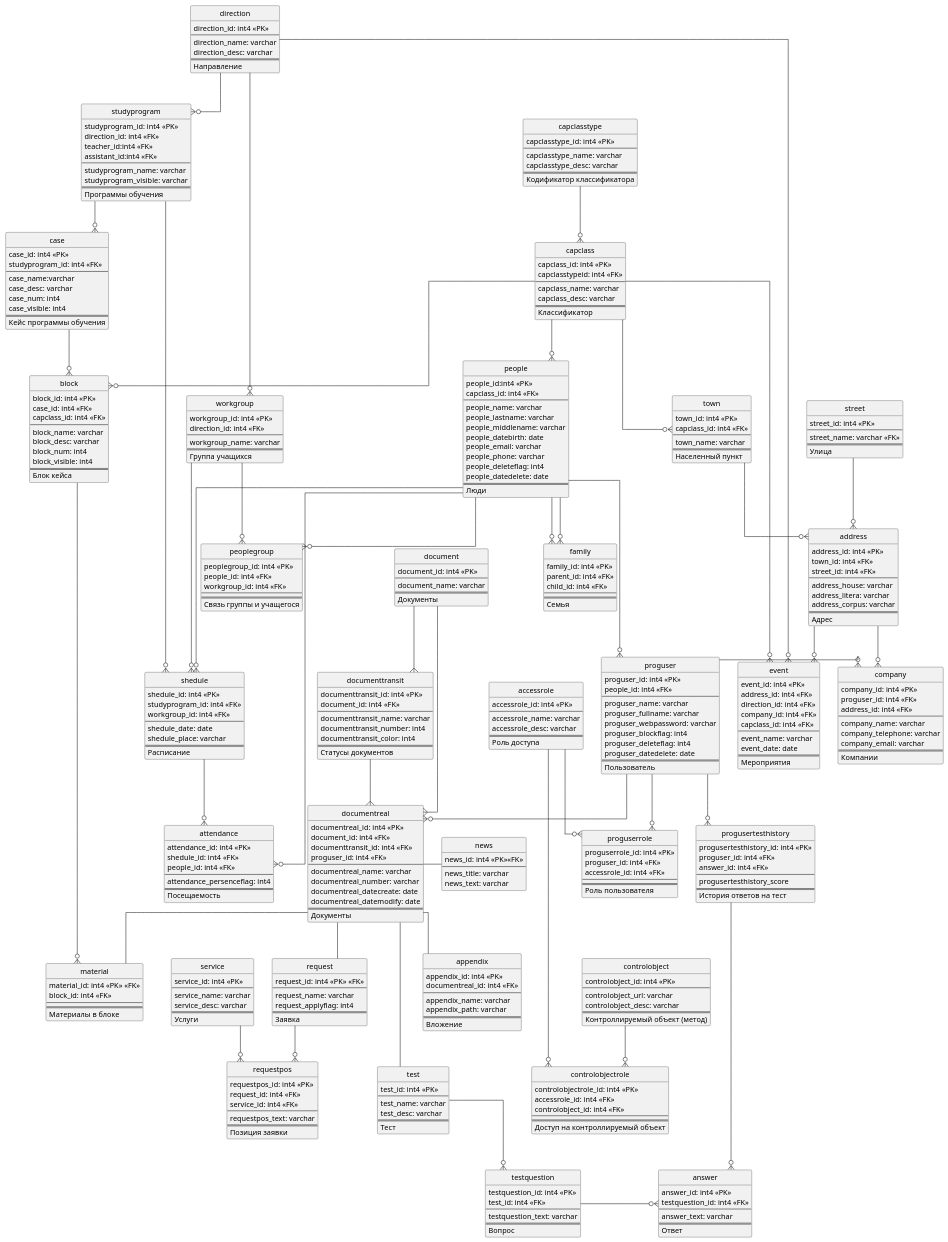
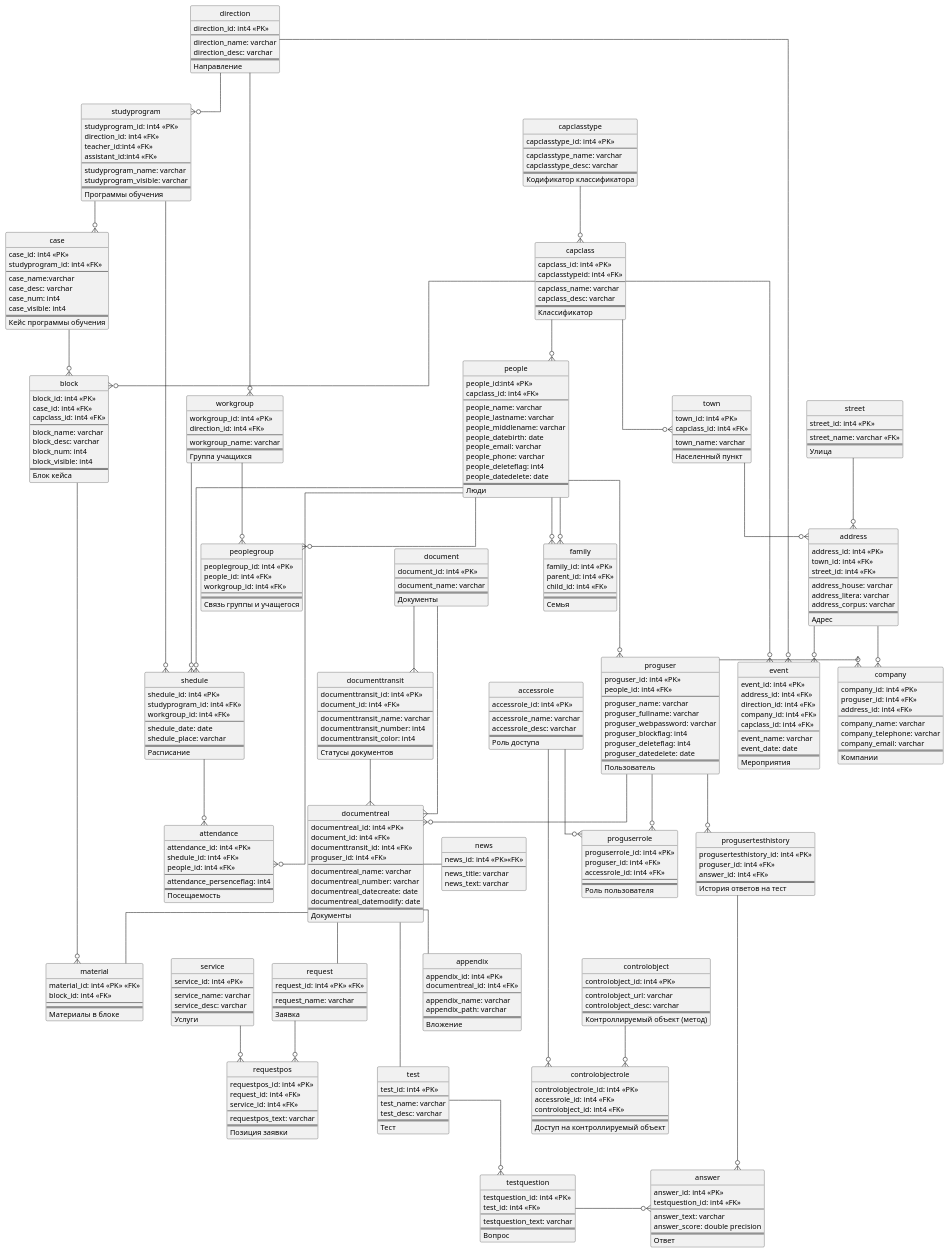
Before and after one commit to Skeletoshka/spring-core-backend: the diagram in docs/er-diagram.puml, drawn with PlantUML.

Commit message:
update er-diagram 2

```diff
--- a/docs/er-diagram.puml
+++ b/docs/er-diagram.puml
@@ -251,7 +251,6 @@
     request_id: int4 <<PK>> <<FK>>
     --
     request_name: varchar
-    request_applyflag: int4
     ==
     Заявка
 }
@@ -276,8 +275,6 @@
     progusertesthistory_id: int4 <<PK>>
     proguser_id: int4 <<FK>>
     answer_id: int4 <<FK>>
-    --
-    progusertesthistory_score
     ==
     История ответов на тест
 }
@@ -302,6 +299,7 @@
     testquestion_id: int4 <<FK>>
     --
     answer_text: varchar
+    answer_score: double precision
     ==
     Ответ
 }
```
